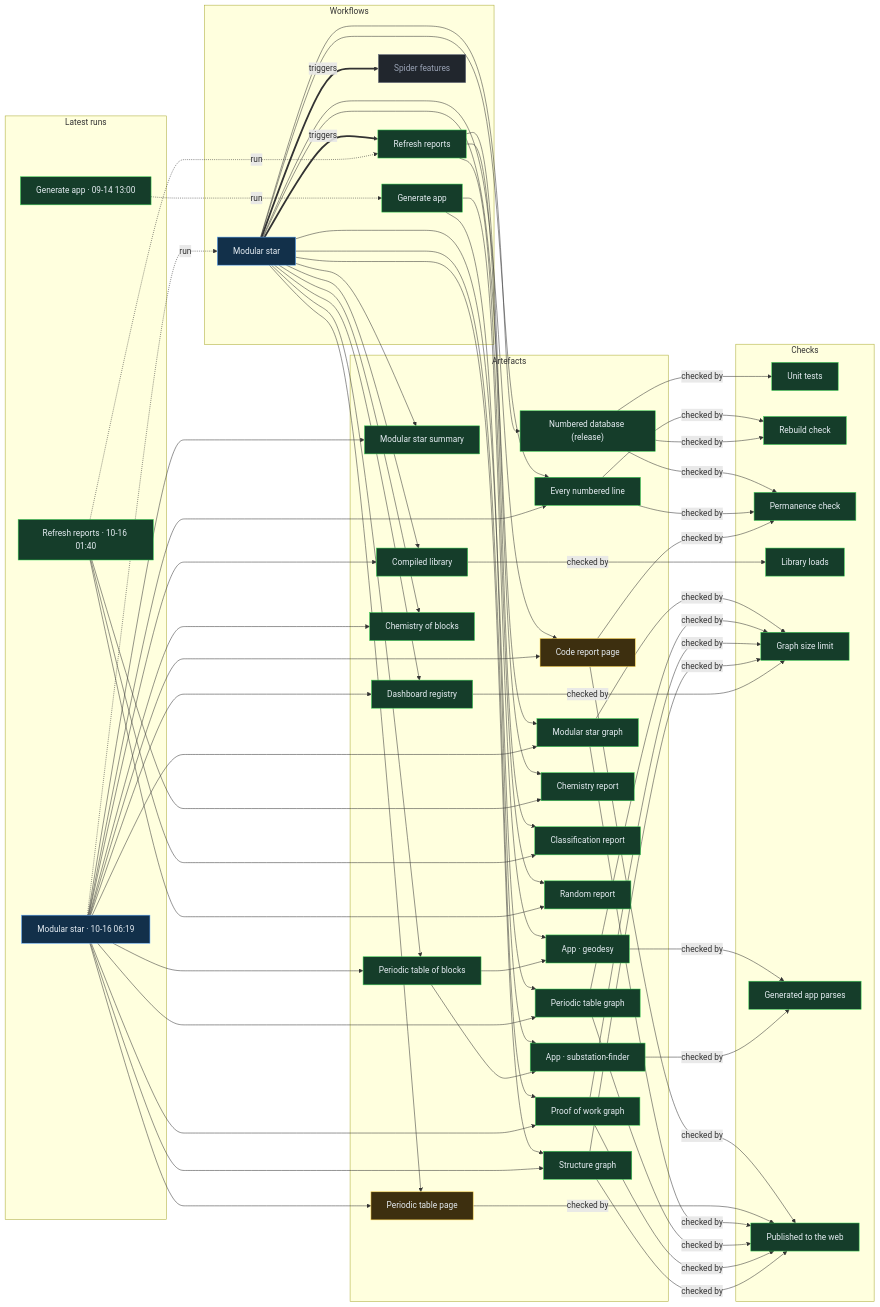
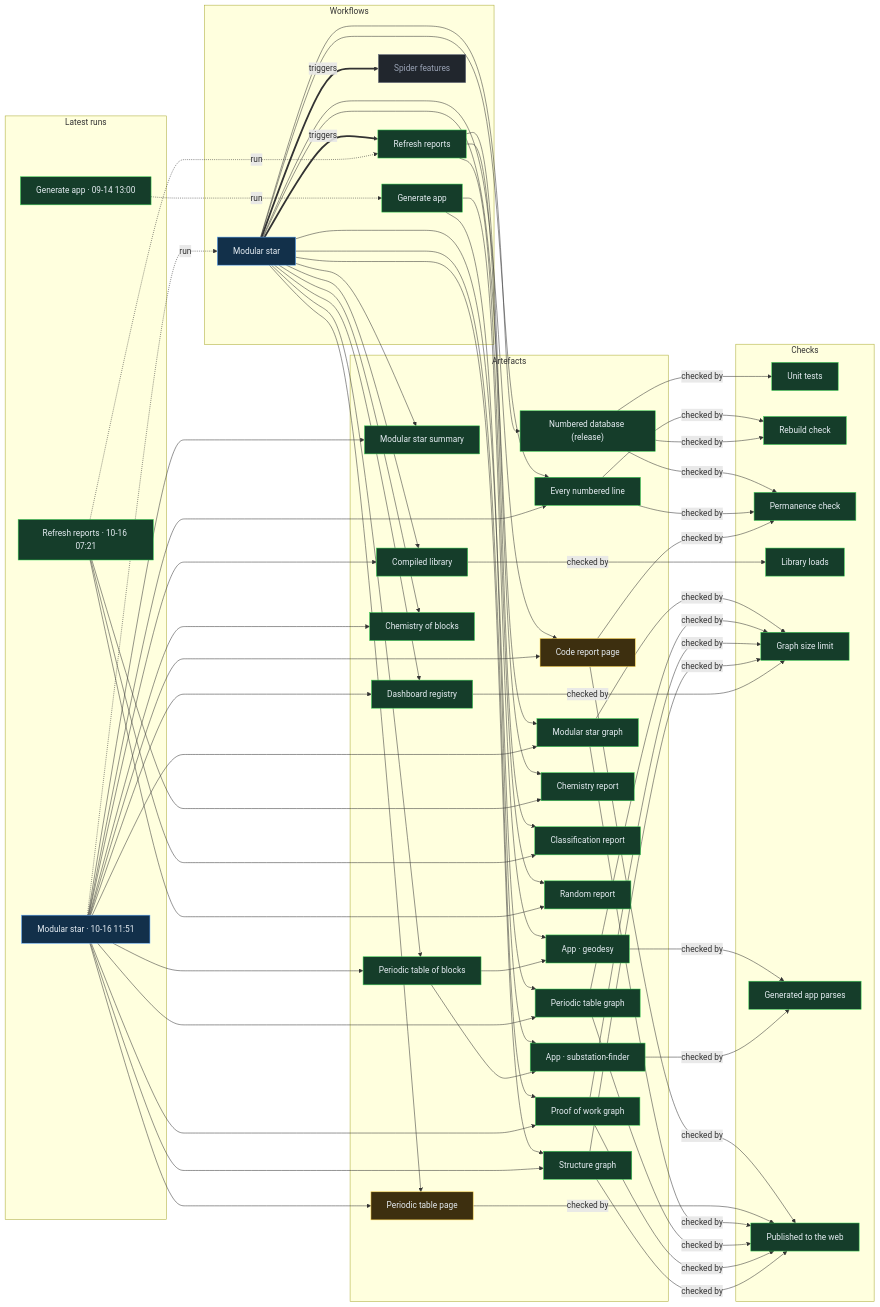
One commit to Ventusltd/stars changed the diagram in proof/PROOF.md. Above: the diagram before and after it, drawn with Mermaid. The commit also changed other lines of this file and 46 other files, not shown here.

Commit message:
Modular star 2026-10-16T11:54Z

```diff
--- a/proof/PROOF.md
+++ b/proof/PROOF.md
@@ -24,8 +24,8 @@
   n_wf_spider_features["Spider features"]:::off
   end
   subgraph g_runs["Latest runs"]
-  n_run_38860563416["Modular star · 10-16 06:19"]:::live
-  n_run_38836372228["Refresh reports · 10-16 01:40"]:::ok
+  n_run_38896595770["Modular star · 10-16 11:51"]:::live
+  n_run_38866685930["Refresh reports · 10-16 07:21"]:::ok
   n_run_34846587798["Generate app · 09-14 13:00"]:::ok
   end
   subgraph g_artefacts["Artefacts"]
@@ -59,39 +59,39 @@
   end
   n_wf_modular_star == triggers ==> n_wf_refresh
   n_wf_modular_star == triggers ==> n_wf_spider_features
-  n_run_38860563416 -. run .-> n_wf_modular_star
-  n_run_38836372228 -. run .-> n_wf_refresh
+  n_run_38896595770 -. run .-> n_wf_modular_star
+  n_run_38866685930 -. run .-> n_wf_refresh
   n_run_34846587798 -. run .-> n_wf_generate
   n_wf_modular_star --> n_art_summary
-  n_run_38860563416 --> n_art_summary
+  n_run_38896595770 --> n_art_summary
   n_wf_modular_star --> n_art_lines
-  n_run_38860563416 --> n_art_lines
+  n_run_38896595770 --> n_art_lines
   n_wf_modular_star --> n_art_code
-  n_run_38860563416 --> n_art_code
+  n_run_38896595770 --> n_art_code
   n_wf_modular_star --> n_art_modular_graph
-  n_run_38860563416 --> n_art_modular_graph
+  n_run_38896595770 --> n_art_modular_graph
   n_wf_modular_star --> n_art_blocks
-  n_run_38860563416 --> n_art_blocks
+  n_run_38896595770 --> n_art_blocks
   n_wf_modular_star --> n_art_table
-  n_run_38860563416 --> n_art_table
+  n_run_38896595770 --> n_art_table
   n_wf_modular_star --> n_art_blocks_graph
-  n_run_38860563416 --> n_art_blocks_graph
+  n_run_38896595770 --> n_art_blocks_graph
   n_wf_modular_star --> n_art_reactions
-  n_run_38860563416 --> n_art_reactions
+  n_run_38896595770 --> n_art_reactions
   n_wf_modular_star --> n_art_library
-  n_run_38860563416 --> n_art_library
+  n_run_38896595770 --> n_art_library
   n_wf_modular_star --> n_art_features
-  n_run_38860563416 --> n_art_features
+  n_run_38896595770 --> n_art_features
   n_wf_modular_star --> n_art_proof
-  n_run_38860563416 --> n_art_proof
+  n_run_38896595770 --> n_art_proof
   n_wf_modular_star --> n_art_structure
-  n_run_38860563416 --> n_art_structure
+  n_run_38896595770 --> n_art_structure
   n_wf_refresh --> n_art_chemistry
-  n_run_38836372228 --> n_art_chemistry
+  n_run_38866685930 --> n_art_chemistry
   n_wf_refresh --> n_art_vedic
-  n_run_38836372228 --> n_art_vedic
+  n_run_38866685930 --> n_art_vedic
   n_wf_refresh --> n_art_random
-  n_run_38836372228 --> n_art_random
+  n_run_38866685930 --> n_art_random
   n_wf_modular_star --> n_art_release
   n_wf_generate --> n_app_geodesy
   n_art_blocks --> n_app_geodesy
```
